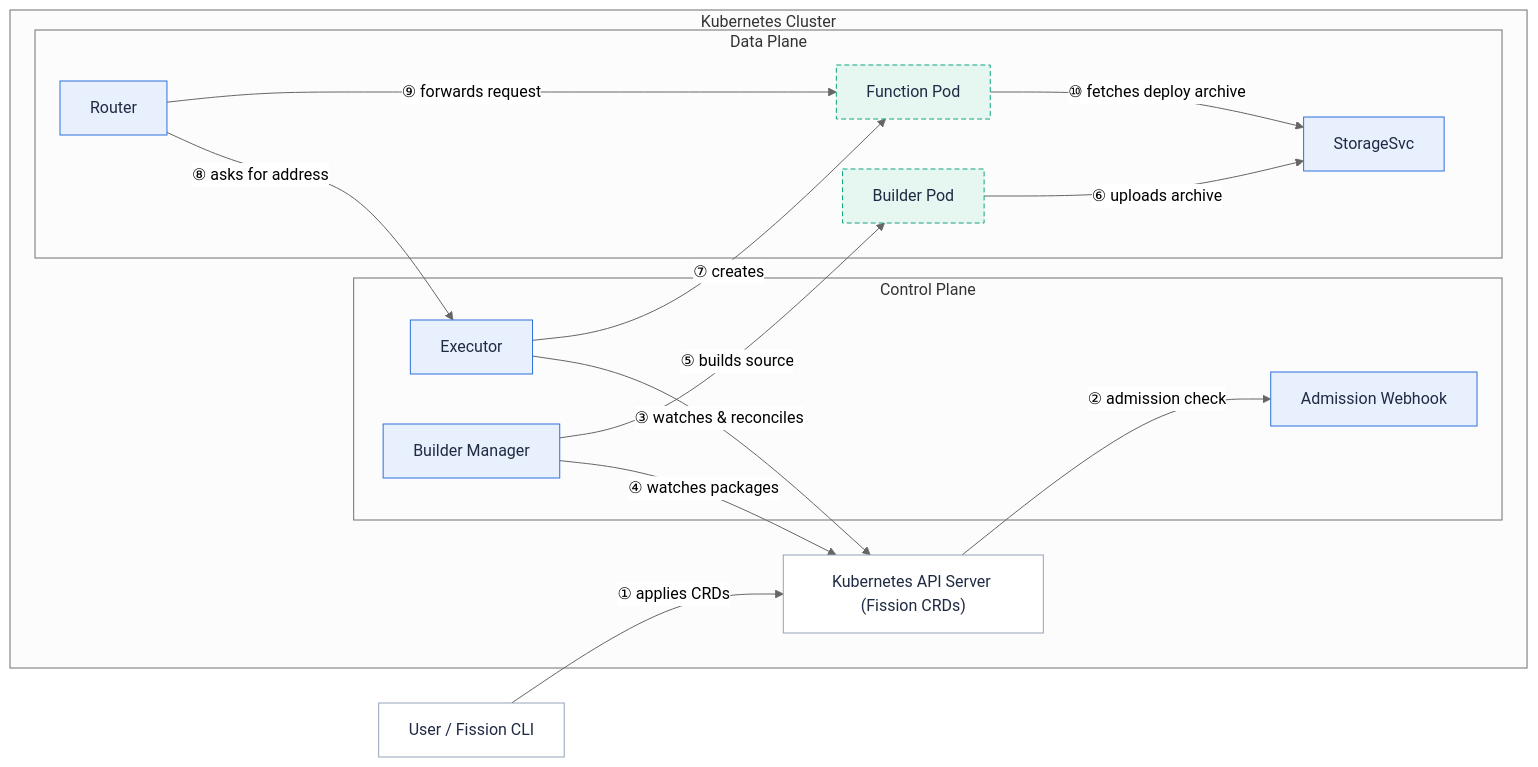
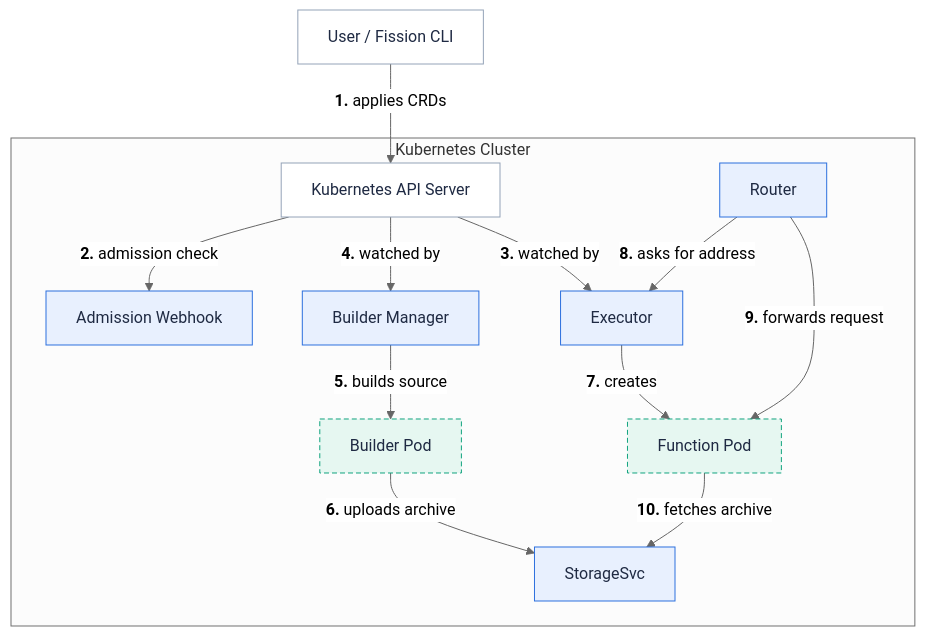
Before and after one commit to fission/fission.io: the diagram in content/en/docs/architecture/_index.md, drawn with Mermaid (neutral theme). The commit also changed other lines of this file and 23 other files, not shown here.

First line of the commit message:
Make diagrams readable inline: compact TB layouts, bold crimson step numbers

````diff
--- a/content/en/docs/architecture/_index.md
+++ b/content/en/docs/architecture/_index.md
@@ -23,35 +24,31 @@
 ```mermaid
-flowchart LR
+flowchart TB
   user["User / Fission CLI"]
   subgraph k8s["Kubernetes Cluster"]
-    api["Kubernetes API Server (Fission CRDs)"]
-    subgraph control["Control Plane"]
-      executor["Executor"]
-      buildermgr["Builder Manager"]
-      webhook["Admission Webhook"]
-    end
-    subgraph data["Data Plane"]
-      router["Router"]
-      fnPod["Function Pod"]
-      builderPod["Builder Pod"]
-      storage["StorageSvc"]
-    end
+    api["Kubernetes API Server"]
+    webhook["Admission Webhook"]
+    executor["Executor"]
+    buildermgr["Builder Manager"]
+    builderPod["Builder Pod"]
+    storage["StorageSvc"]
+    router["Router"]
+    fnPod["Function Pod"]
   end
-  user -->|"① applies CRDs"| api
-  api -->|"② admission check"| webhook
-  executor -->|"③ watches & reconciles"| api
-  buildermgr -->|"④ watches packages"| api
-  buildermgr -->|"⑤ builds source"| builderPod
-  builderPod -->|"⑥ uploads archive"| storage
-  executor -->|"⑦ creates"| fnPod
-  router -->|"⑧ asks for address"| executor
-  router -->|"⑨ forwards request"| fnPod
-  fnPod -->|"⑩ fetches deploy archive"| storage
+  user -->|"<b>1.</b> applies CRDs"| api
+  api -->|"<b>2.</b> admission check"| webhook
+  api -->|"<b>3.</b> watched by"| executor
+  api -->|"<b>4.</b> watched by"| buildermgr
+  buildermgr -->|"<b>5.</b> builds source"| builderPod
+  builderPod -->|"<b>6.</b> uploads archive"| storage
+  executor -->|"<b>7.</b> creates"| fnPod
+  router -->|"<b>8.</b> asks for address"| executor
+  router -->|"<b>9.</b> forwards request"| fnPod
+  fnPod -->|"<b>10.</b> fetches archive"| storage
 
   class user,api user
   class executor,buildermgr,webhook,router,storage fission
   class fnPod,builderPod pod
   classDef user fill:#ffffff,stroke:#94a3b8,color:#1f2a43
   classDef fission fill:#e8f0fe,stroke:#2d70de,color:#1f2a43
   classDef pod fill:#e6f7f1,stroke:#11a37f,color:#1f2a43,stroke-dasharray:5 3
 ```
````
